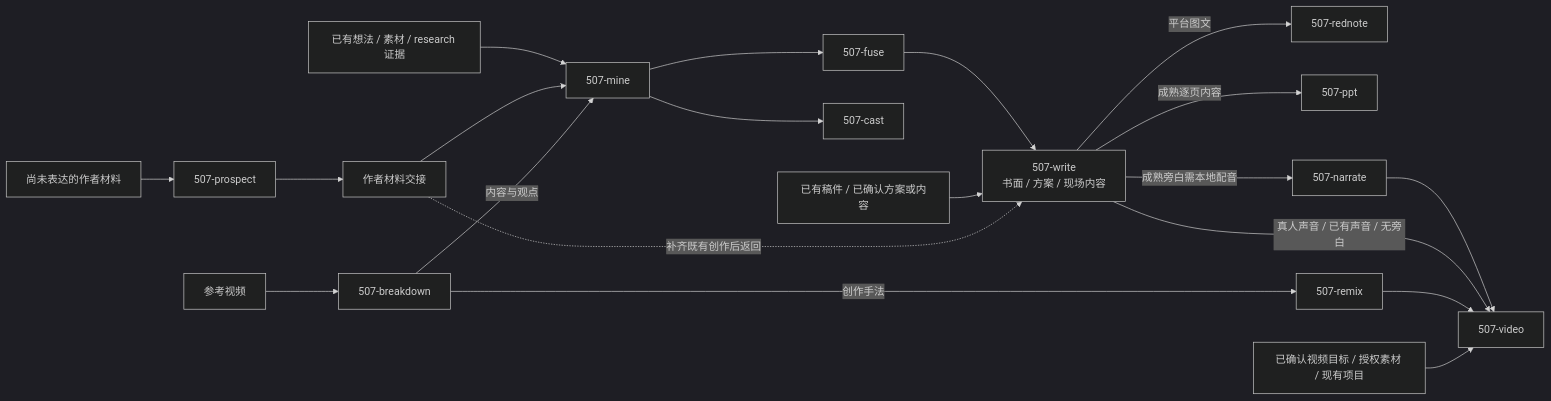
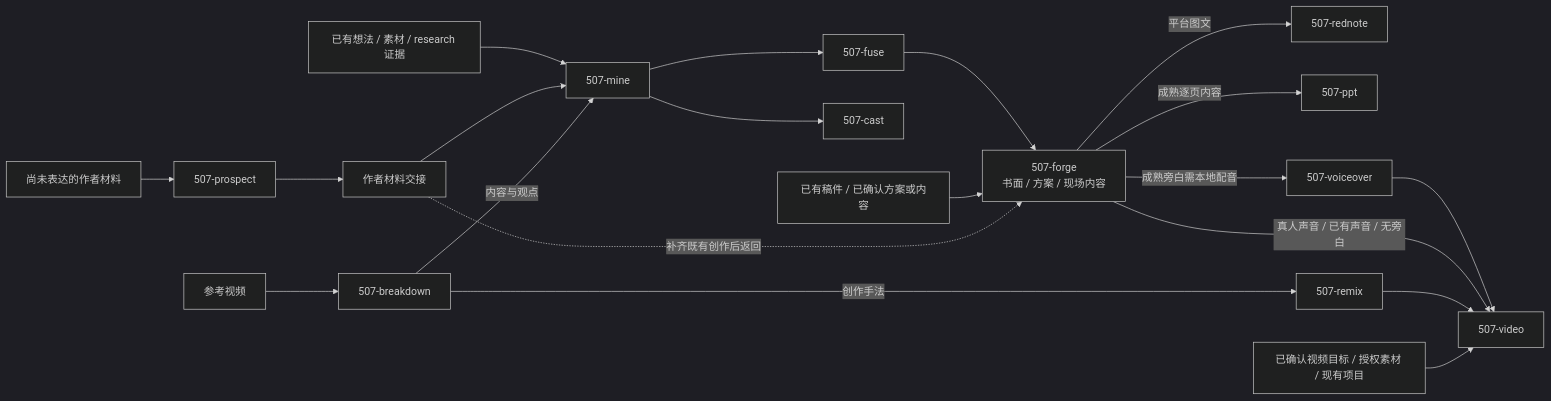
One commit to ssdiwu/507-skills changed the third of 3 diagrams in README.md. Above: the diagram before and after it, drawn with Mermaid (dark theme). The commit also changed other lines of this file and 103 other files, not shown here.

````diff
--- a/README.md
+++ b/README.md
@@ -68,22 +72,22 @@
 ```mermaid
 flowchart LR
     author["尚未表达的作者材料"] --> prospect["507-prospect"]
     prospect --> material["作者材料交接"]
     source["已有想法 / 素材 / research 证据"] --> mine["507-mine"]
     material --> mine
     mine --> fuse["507-fuse"]
     mine --> cast["507-cast"]
-    fuse --> write["507-write<br/>书面 / 方案 / 现场内容"]
+    fuse --> write["507-forge<br/>书面 / 方案 / 现场内容"]
     draft["已有稿件 / 已确认方案或内容"] --> write
     material -. "补齐既有创作后返回" .-> write
     write -->|"平台图文"| rednote["507-rednote"]
     write -->|"成熟逐页内容"| ppt["507-ppt"]
-    write -->|"成熟旁白需本地配音"| narrate["507-narrate"]
+    write -->|"成熟旁白需本地配音"| narrate["507-voiceover"]
     narrate --> video["507-video"]
     write -->|"真人声音 / 已有声音 / 无旁白"| video
     reference["参考视频"] --> breakdown["507-breakdown"]
     breakdown -->|"内容与观点"| mine
     breakdown -->|"创作手法"| remix["507-remix"]
     remix --> video
     target["已确认视频目标 / 授权素材 / 现有项目"] --> video
 ```
````
